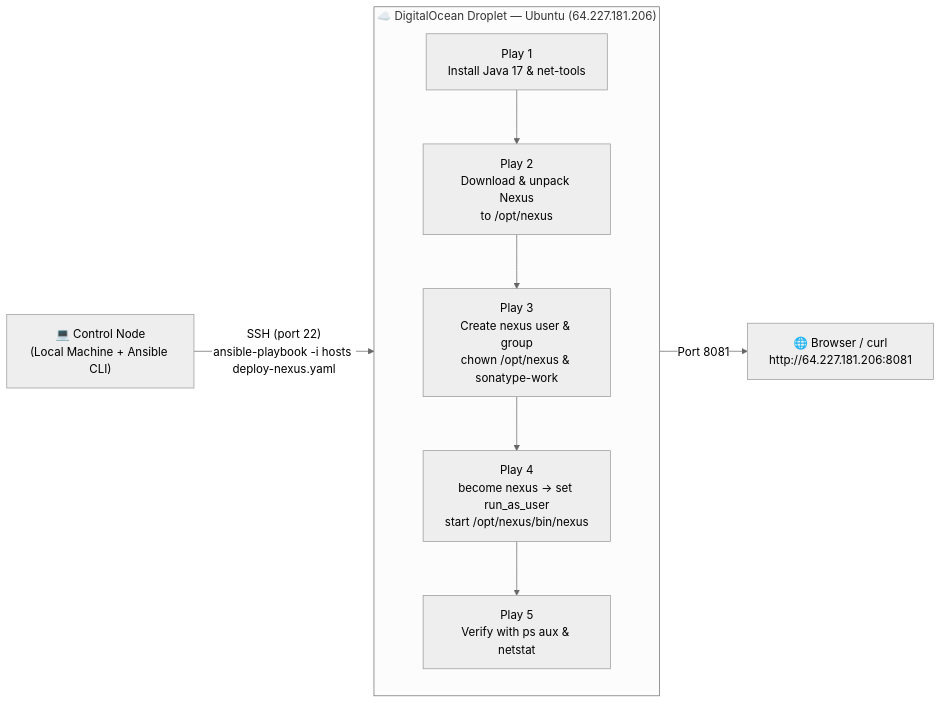
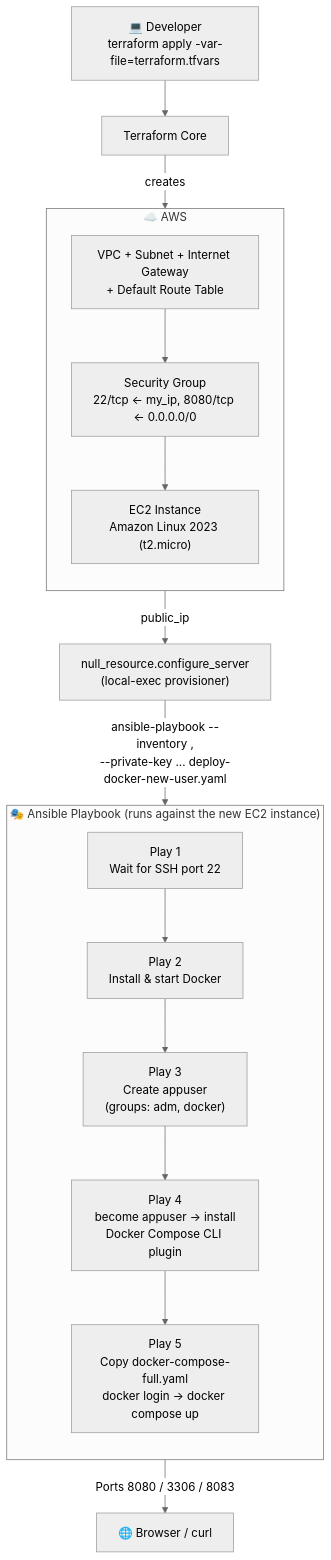
Before and after one commit to mustafa-saleh/ansible-integration-in-terraform-provision-ec2-and-configure-docker: the diagram in README.md, drawn with Mermaid (neutral theme). The commit also changed other lines of this file and 3 other files, not shown here.

````diff
--- a/README.md
+++ b/README.md
@@ -66,14 +82,25 @@
 ```mermaid
-flowchart LR
-    A["💻 Control Node<br/>(Local Machine + Ansible CLI)"] -- "SSH (port 22)<br/>ansible-playbook -i hosts deploy-nexus.yaml" --> SG
+flowchart TB
+    Dev["💻 Developer<br/>terraform apply -var-file=terraform.tfvars"] --> TF["Terraform Core"]
 
-    subgraph SG["☁️ DigitalOcean Droplet — Ubuntu (64.227.181.206)"]
+    subgraph AWS["☁️ AWS"]
         direction TB
-        C["Play 1<br/>Install Java 17 & net-tools"] --> D["Play 2<br/>Download & unpack Nexus<br/>to /opt/nexus"]
-        D --> E["Play 3<br/>Create nexus user & group<br/>chown /opt/nexus & sonatype-work"]
-        E --> F["Play 4<br/>become nexus → set run_as_user<br/>start /opt/nexus/bin/nexus"]
-        F --> G["Play 5<br/>Verify with ps aux & netstat"]
+        VPC["VPC + Subnet + Internet Gateway<br/>+ Default Route Table"] --> SG["Security Group<br/>22/tcp ← my_ip, 8080/tcp ← 0.0.0.0/0"]
+        SG --> EC2["EC2 Instance<br/>Amazon Linux 2023 (t2.micro)"]
     end
 
-    SG -- "Port 8081" --> H["🌐 Browser / curl<br/>http://64.227.181.206:8081"]
+    TF -- "creates" --> AWS
+    EC2 -- "public_ip" --> NR["null_resource.configure_server<br/>(local-exec provisioner)"]
+
+    NR -- "ansible-playbook --inventory <public_ip>,<br/>--private-key ... deploy-docker-new-user.yaml" --> P1
+
+    subgraph Playbook["🎭 Ansible Playbook (runs against the new EC2 instance)"]
+        direction TB
+        P1["Play 1<br/>Wait for SSH port 22"] --> P2["Play 2<br/>Install & start Docker"]
+        P2 --> P3["Play 3<br/>Create appuser<br/>(groups: adm, docker)"]
+        P3 --> P4["Play 4<br/>become appuser → install<br/>Docker Compose CLI plugin"]
+        P4 --> P5["Play 5<br/>Copy docker-compose-full.yaml<br/>docker login → docker compose up"]
+    end
+
+    P5 -- "Ports 8080 / 3306 / 8083" --> Browser["🌐 Browser / curl"]
 ```
````
